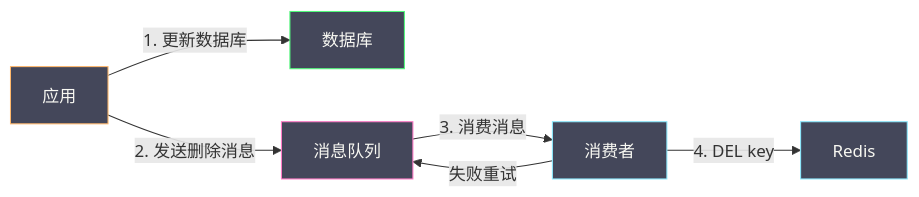
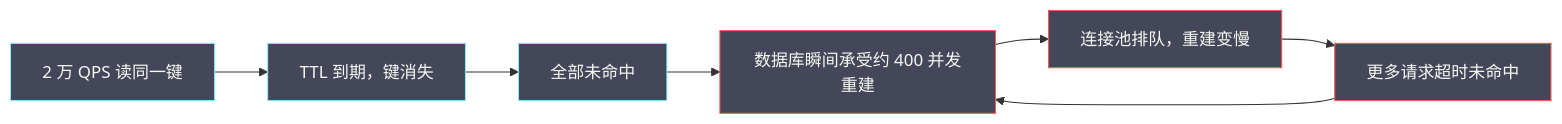
Before and after one commit to hpliStartAgain/my-brain: the sixth of 7 diagrams in content/中间件/Redis/Redis进阶教程/04 缓存设计模式与一致性问题.md, drawn with Mermaid. The commit also changed other lines of this file and 455 other files, not shown here.

````diff
--- a/content/中间件/Redis/Redis进阶教程/04 缓存设计模式与一致性问题.md
+++ b/content/中间件/Redis/Redis进阶教程/04 缓存设计模式与一致性问题.md
@@ -431,19 +438,15 @@
 ```mermaid
 %%{init: {'theme': 'dracula'}}%%
 graph LR
-    APP["应用"] -->|"1. 更新数据库"| DB["数据库"]
-    APP -->|"2. 发送删除消息"| MQ["消息队列"]
-    MQ -->|"3. 消费消息"| WORKER["消费者"]
-    WORKER -->|"4. DEL key"| CACHE["Redis"]
-    WORKER -->|"失败重试"| MQ
+    Q["2 万 QPS 读同一键"] --> EXP["TTL 到期，键消失"]
+    EXP --> MISS["全部未命中"]
+    MISS --> DB["数据库瞬间承受约 400 并发重建"]
+    DB --> SLOW["连接池排队，重建变慢"]
+    SLOW --> MORE["更多请求超时未命中"]
+    MORE --> DB
 
-    classDef app fill:#44475a,stroke:#ffb86c,color:#f8f8f2
-    classDef db fill:#44475a,stroke:#50fa7b,color:#f8f8f2
-    classDef mq fill:#44475a,stroke:#ff79c6,color:#f8f8f2
-    classDef cache fill:#44475a,stroke:#8be9fd,color:#f8f8f2
-
-    class APP app
-    class DB db
-    class MQ mq
-    class WORKER,CACHE cache
+    classDef risk fill:#44475a,stroke:#ff5555,color:#f8f8f2
+    classDef q fill:#44475a,stroke:#8be9fd,color:#f8f8f2
+    class Q,EXP,MISS q
+    class DB,SLOW,MORE risk
 ```
````
